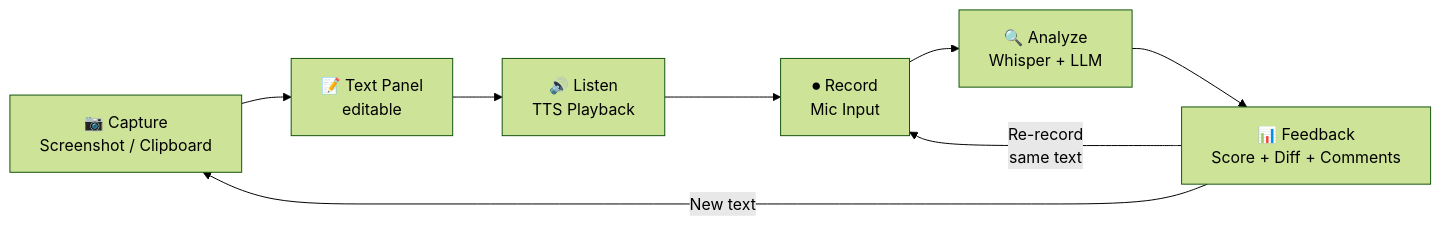
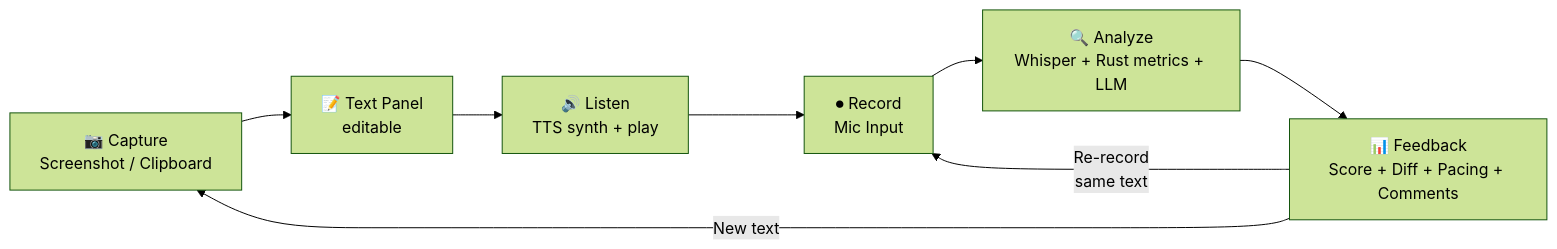
One commit to yaominzh/azReadAnalyzer changed the second of 4 diagrams in docs/superpowers/specs/2026-06-07-azreadanalyzer-design.md. Above: the diagram before and after it, drawn with Mermaid (forest theme). The commit also changed other lines of this file and 1 other file, not shown here.

````diff
--- a/docs/superpowers/specs/2026-06-07-azreadanalyzer-design.md
+++ b/docs/superpowers/specs/2026-06-07-azreadanalyzer-design.md
@@ -85,10 +90,10 @@
 ```mermaid
 flowchart LR
-    A["📷 Capture\nScreenshot / Clipboard"] --> B["📝 Text Panel\neditable"]
-    B --> C["🔊 Listen\nTTS Playback"]
-    C --> D["⏺ Record\nMic Input"]
-    D --> E["🔍 Analyze\nWhisper + LLM"]
-    E --> F["📊 Feedback\nScore + Diff + Comments"]
-    F -->|"Re-record\nsame text"| D
+    A["📷 Capture<br/>Screenshot / Clipboard"] --> B["📝 Text Panel<br/>editable"]
+    B --> C["🔊 Listen<br/>TTS synth + play"]
+    C --> D["⏺ Record<br/>Mic Input"]
+    D --> E["🔍 Analyze<br/>Whisper + Rust metrics + LLM"]
+    E --> F["📊 Feedback<br/>Score + Diff + Pacing + Comments"]
+    F -->|"Re-record<br/>same text"| D
     F -->|"New text"| A
 ```
````
